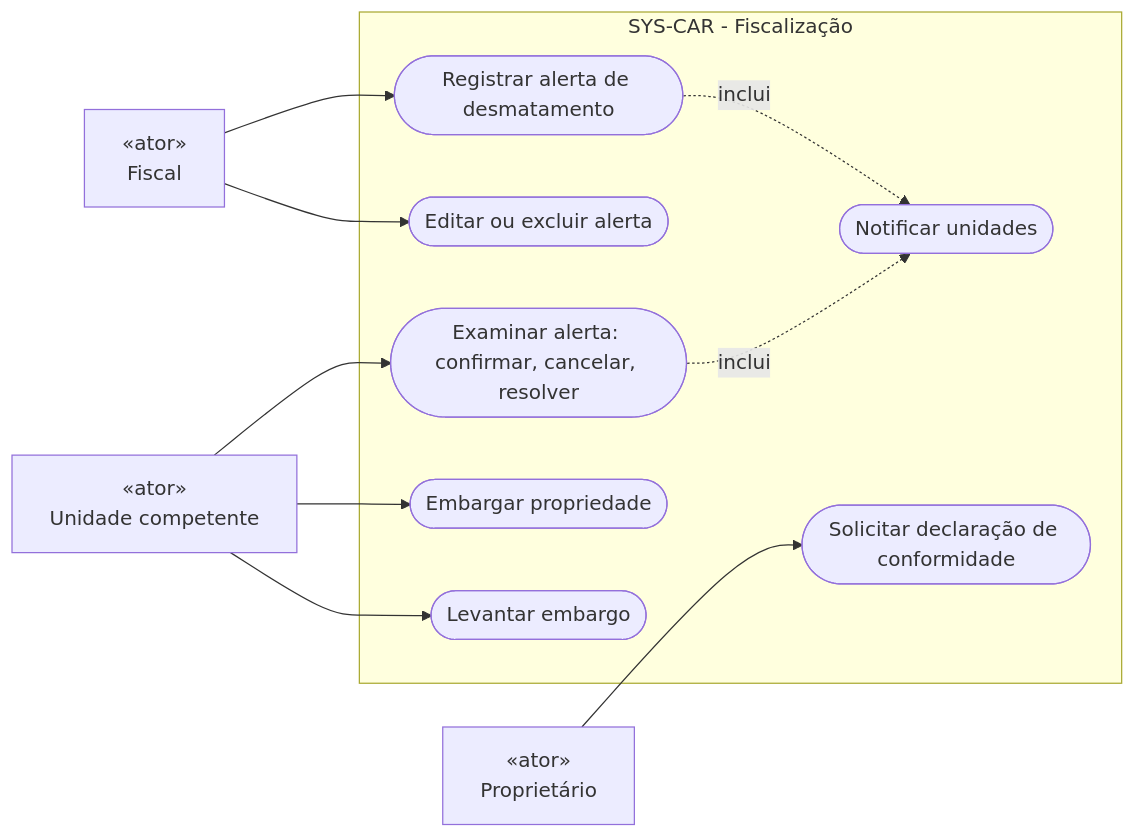
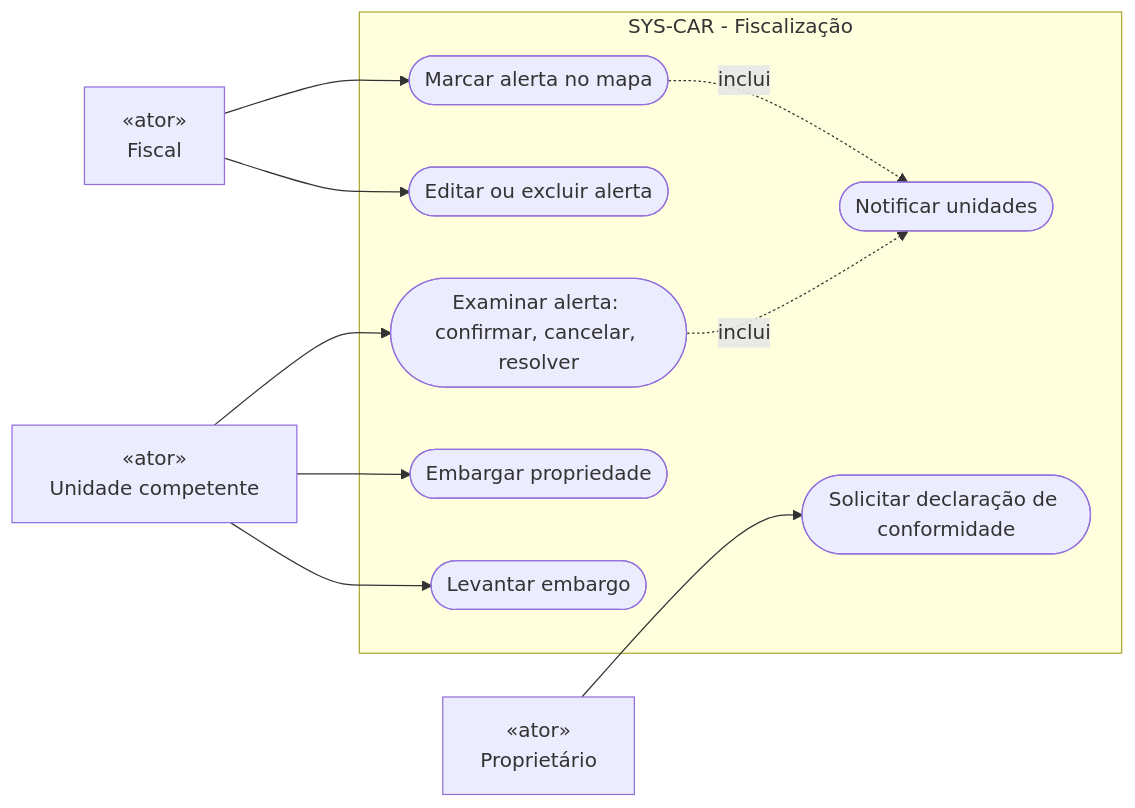
The first of 7 diagrams in docs/fiscalizacao/diagramas.pt-br.md (pedrohrossetto/sys-car), drawn with Mermaid before and after one commit. The commit also changed other lines of this file and 17 other files, not shown here.

First line of the commit message:
docs: ADR-C05, ADR-002, ADR-F14 e diagramas com o mapa

````diff
--- a/docs/fiscalizacao/diagramas.pt-br.md
+++ b/docs/fiscalizacao/diagramas.pt-br.md
@@ -8,23 +8,23 @@
 ```mermaid
 flowchart LR
     fis["«ator»<br/>Fiscal"]
     uni["«ator»<br/>Unidade competente"]
     pro["«ator»<br/>Proprietário"]
     subgraph sistema["SYS-CAR - Fiscalização"]
-        uc1(["Registrar alerta de desmatamento"])
+        uc1(["Marcar alerta no mapa"])
         uc2(["Editar ou excluir alerta"])
         uc3(["Notificar unidades"])
         uc4(["Examinar alerta: confirmar, cancelar, resolver"])
         uc5(["Embargar propriedade"])
         uc6(["Levantar embargo"])
         uc7(["Solicitar declaração de conformidade"])
     end
     fis --> uc1
     fis --> uc2
     uc1 -. inclui .-> uc3
     uc4 -. inclui .-> uc3
     uni --> uc4
     uni --> uc5
     uni --> uc6
     pro --> uc7
 ```
````
